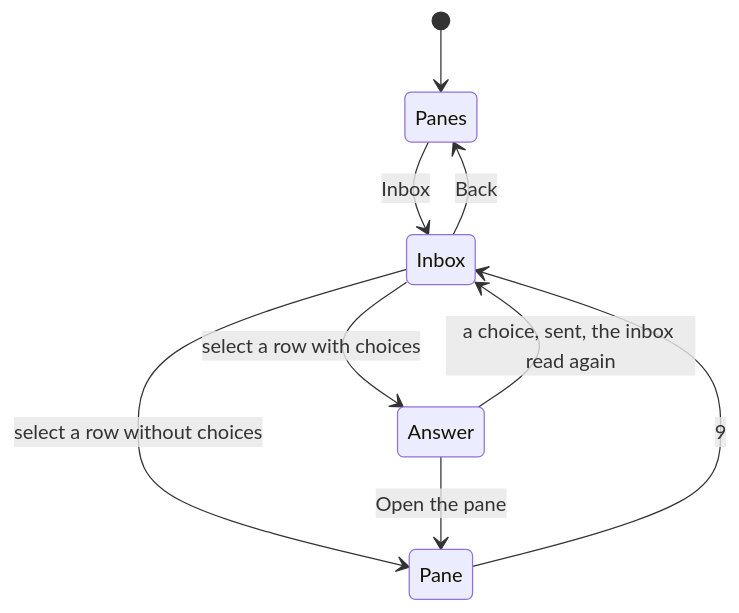
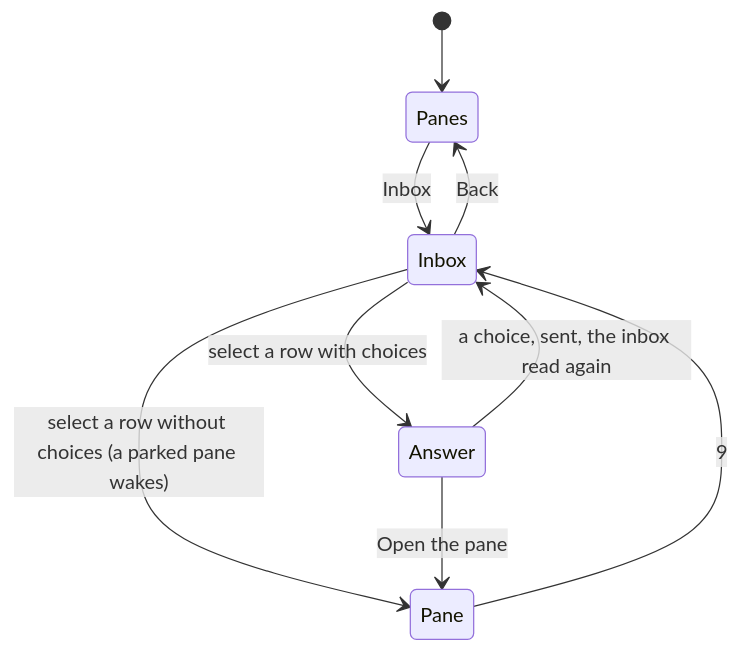
The diagram in docs/features/inbox.md (notmarkopadjen/muxway-midp), drawn with Mermaid before and after one commit. The commit also changed other lines of this file and 7 other files, not shown here.

Commit message:
The suite parks panes: S21 a reader on a parked pane and a forged later column, F31 Later, the inbox's order, the wake on open and Wake, F32 a pane parked elsewhere on both builds; the later page, the pages it touches; version 0.7.0

````diff
--- a/docs/features/inbox.md
+++ b/docs/features/inbox.md
@@ -29,11 +35,11 @@
 ```mermaid
 stateDiagram-v2
     [*] --> Panes
     Panes --> Inbox: Inbox
     Pane --> Inbox: 9
-    Inbox --> Pane: select a row without choices
+    Inbox --> Pane: select a row without choices (a parked pane wakes)
     Inbox --> Answer: select a row with choices
     Answer --> Inbox: a choice, sent, the inbox read again
     Answer --> Pane: Open the pane
     Inbox --> Panes: Back
 ```
````
